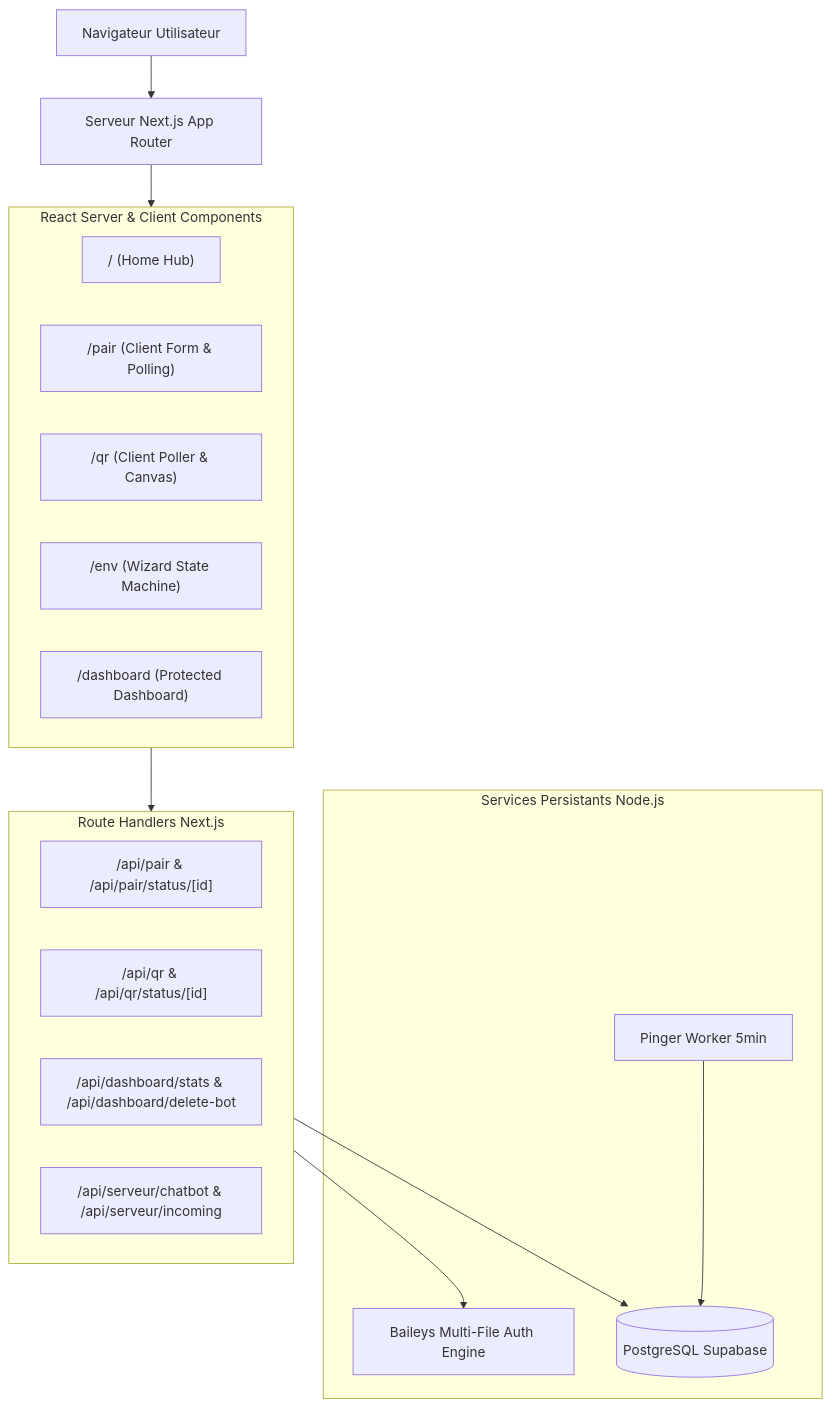
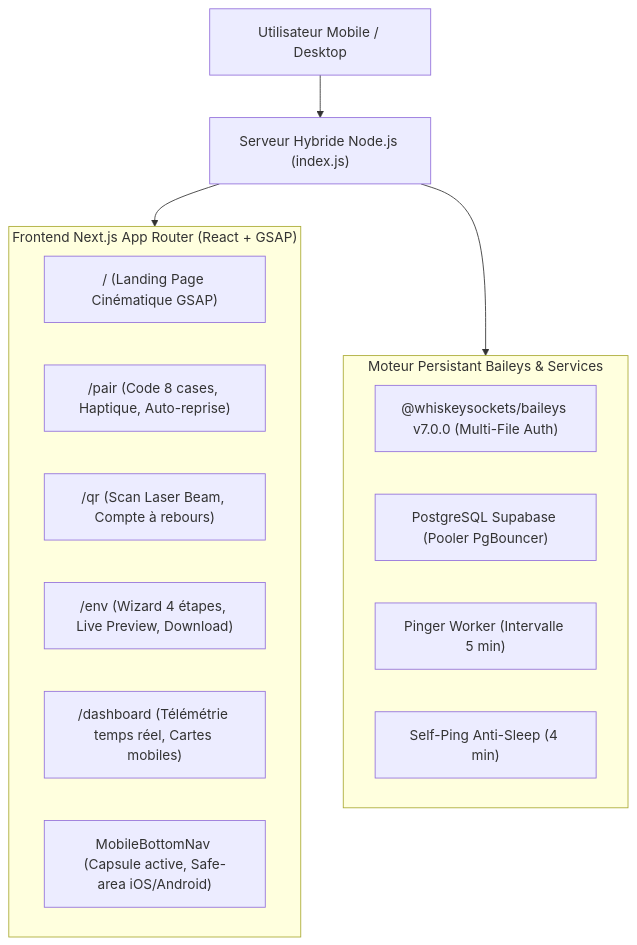
Before and after one commit to Dr-Djibi/Menma-Session: the diagram in passation.md, drawn with Mermaid. The commit also changed other lines of this file, not shown here.

Commit message:
docs: update passation.md with GSAP animations inventory and future cool features roadmap

````diff
--- a/passation.md
+++ b/passation.md
@@ -66,31 +16,23 @@
 ```mermaid
 flowchart TD
-    Client[Navigateur Utilisateur] --> NextApp[Serveur Next.js App Router]
+    Client["Utilisateur Mobile / Desktop"] --> NextServer["Serveur Hybride Node.js (index.js)"]
     
-    subgraph Frontend [React Server & Client Components]
-        Home["/ (Home Hub)"]
-        Pair["/pair (Client Form & Polling)"]
-        QR["/qr (Client Poller & Canvas)"]
-        Env["/env (Wizard State Machine)"]
-        Dash["/dashboard (Protected Dashboard)"]
+    subgraph FrontendApp ["Frontend Next.js App Router (React + GSAP)"]
+        Home["/ (Landing Page Cinématique GSAP)"]
+        Pair["/pair (Code 8 cases, Haptique, Auto-reprise)"]
+        QR["/qr (Scan Laser Beam, Compte à rebours)"]
+        Env["/env (Wizard 4 étapes, Live Preview, Download)"]
+        Dash["/dashboard (Télémétrie temps réel, Cartes mobiles)"]
+        Nav["MobileBottomNav (Capsule active, Safe-area iOS/Android)"]
     end
     
-    subgraph BackendAPI [Route Handlers Next.js]
-        APIPair["/api/pair & /api/pair/status/[id]"]
-        APIQR["/api/qr & /api/qr/status/[id]"]
-        APIDash["/api/dashboard/stats & /api/dashboard/delete-bot"]
-        APIChat["/api/serveur/chatbot & /api/serveur/incoming"]
-    end
-    
-    subgraph BackgroundServices [Services Persistants Node.js]
-        BaileysSock[Baileys Multi-File Auth Engine]
-        PingerWorker[Pinger Worker 5min]
-        Supabase[(PostgreSQL Supabase)]
+    subgraph BackendSockets ["Moteur Persistant Baileys & Services"]
+        BaileysSock["@whiskeysockets/baileys v7.0.0 (Multi-File Auth)"]
+        PostgresPool["PostgreSQL Supabase (Pooler PgBouncer)"]
+        PingerCron["Pinger Worker (Intervalle 5 min)"]
+        AntiSleep["Self-Ping Anti-Sleep (4 min)"]
     end
 
-    NextApp --> Frontend
-    Frontend --> BackendAPI
-    BackendAPI --> BaileysSock
-    BackendAPI --> Supabase
-    PingerWorker --> Supabase
+    NextServer --> FrontendApp
+    NextServer --> BackendSockets
 ```
````
